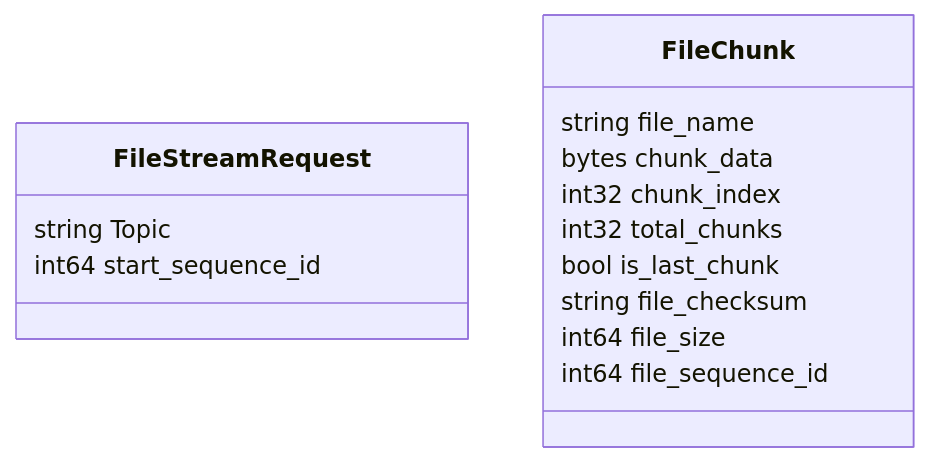
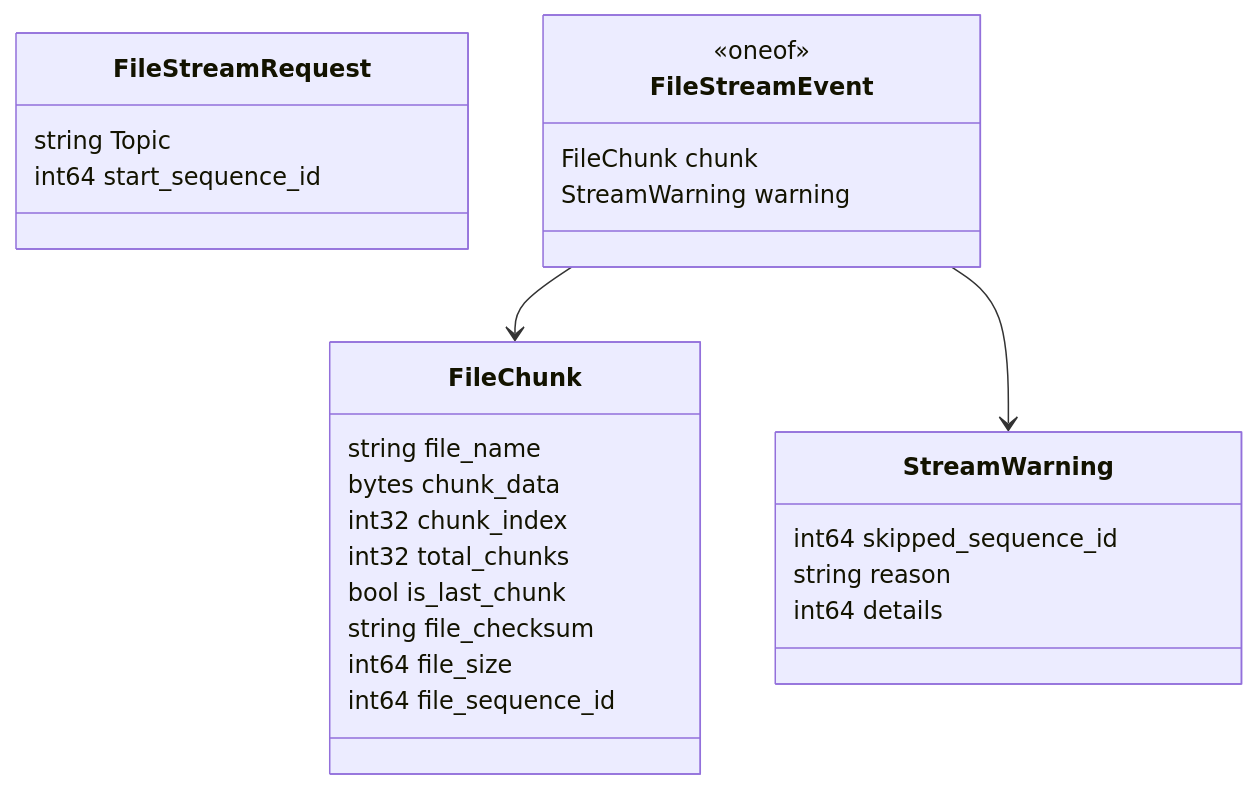
Before and after one commit to National-Digital-Twin/federator: the fourth of 10 diagrams in docs/FILE_STREAMINING_README.md, drawn with Mermaid. The commit also changed other lines of this file and 14 other files, not shown here.

````diff
--- a/docs/FILE_STREAMINING_README.md
+++ b/docs/FILE_STREAMINING_README.md
@@ -301,17 +318,29 @@
 ```mermaid
 classDiagram
     class FileStreamRequest {
       string Topic
       int64 start_sequence_id
+    }
+    class FileStreamEvent {
+      <<oneof>>
+      FileChunk chunk
+      StreamWarning warning
     }
     class FileChunk {
       string file_name
       bytes chunk_data
       int32 chunk_index
       int32 total_chunks
       bool is_last_chunk
       string file_checksum
       int64 file_size
       int64 file_sequence_id
     }
+    class StreamWarning {
+      int64 skipped_sequence_id
+      string reason
+      int64 details
+    }
+    FileStreamEvent --> FileChunk
+    FileStreamEvent --> StreamWarning
 ```
````
